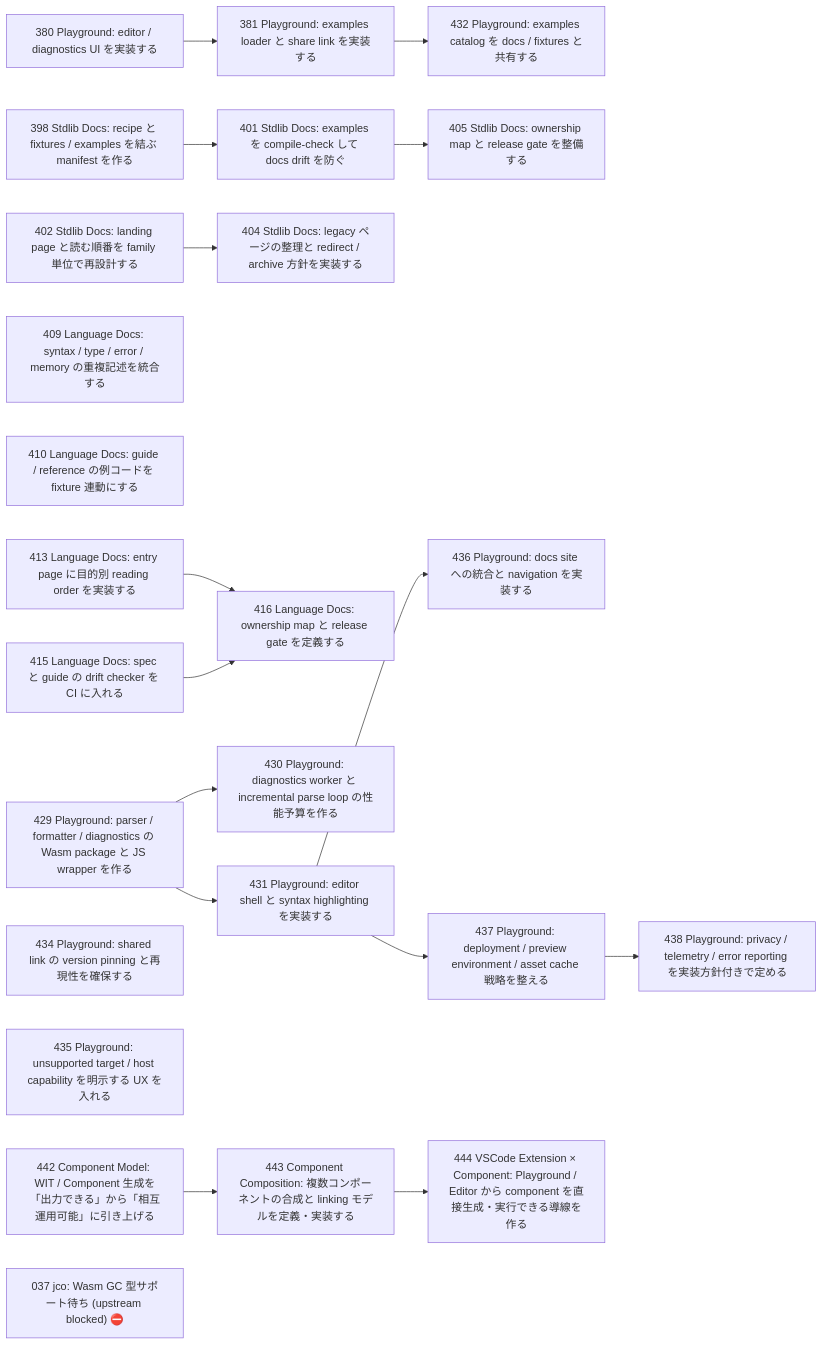
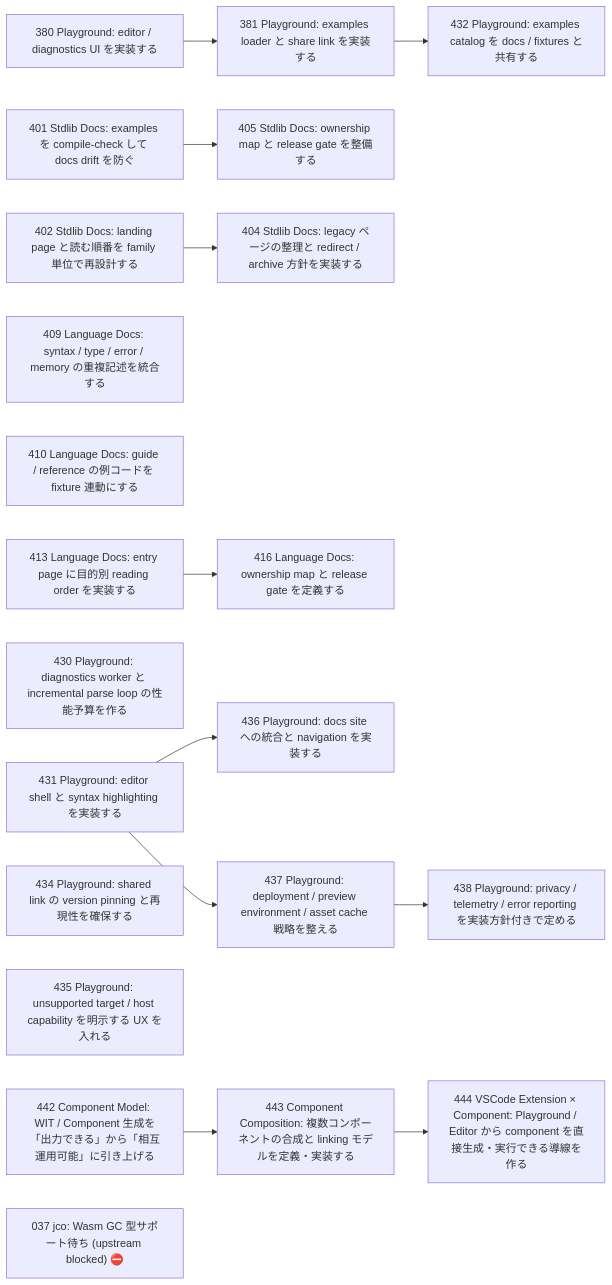
One commit to wogikaze/arukellt changed the diagram in issues/open/dependency-graph.md. Above: the diagram before and after it, drawn with Mermaid. The commit also changed other lines of this file and 4 other files, not shown here.

````diff
--- a/issues/open/dependency-graph.md
+++ b/issues/open/dependency-graph.md
@@ -7,42 +7,35 @@
 ```mermaid
 graph LR
   I380["380 Playground: editor / diagnostics UI を実装する"]
-  I398["398 Stdlib Docs: recipe と fixtures / examples を結ぶ manifest を作る"]
+  I401["401 Stdlib Docs: examples を compile-check して docs drift を防ぐ"]
   I402["402 Stdlib Docs: landing page と読む順番を family 単位で再設計する"]
   I409["409 Language Docs: syntax / type / error / memory の重複記述を統合する"]
   I410["410 Language Docs: guide / reference の例コードを fixture 連動にする"]
   I413["413 Language Docs: entry page に目的別 reading order を実装する"]
-  I415["415 Language Docs: spec と guide の drift checker を CI に入れる"]
-  I429["429 Playground: parser / formatter / diagnostics の Wasm package と JS wrapper を作る"]
+  I430["430 Playground: diagnostics worker と incremental parse loop の性能予算を作る"]
+  I431["431 Playground: editor shell と syntax highlighting を実装する"]
   I434["434 Playground: shared link の version pinning と再現性を確保する"]
   I435["435 Playground: unsupported target / host capability を明示する UX を入れる"]
   I442["442 Component Model: WIT / Component 生成を「出力できる」から「相互運用可能」に引き上げる"]
   I381["381 Playground: examples loader と share link を実装する"]
-  I401["401 Stdlib Docs: examples を compile-check して docs drift を防ぐ"]
+  I405["405 Stdlib Docs: ownership map と release gate を整備する"]
   I404["404 Stdlib Docs: legacy ページの整理と redirect / archive 方針を実装する"]
   I416["416 Language Docs: ownership map と release gate を定義する"]
-  I430["430 Playground: diagnostics worker と incremental parse loop の性能予算を作る"]
-  I431["431 Playground: editor shell と syntax highlighting を実装する"]
+  I436["436 Playground: docs site への統合と navigation を実装する"]
+  I437["437 Playground: deployment / preview environment / asset cache 戦略を整える"]
   I443["443 Component Composition: 複数コンポーネントの合成と linking モデルを定義・実装する"]
   I432["432 Playground: examples catalog を docs / fixtures と共有する"]
-  I405["405 Stdlib Docs: ownership map と release gate を整備する"]
-  I436["436 Playground: docs site への統合と navigation を実装する"]
-  I437["437 Playground: deployment / preview environment / asset cache 戦略を整える"]
+  I438["438 Playground: privacy / telemetry / error reporting を実装方針付きで定める"]
   I444["444 VSCode Extension × Component: Playground / Editor から component を直接生成・実行できる導線を作る"]
-  I438["438 Playground: privacy / telemetry / error reporting を実装方針付きで定める"]
   I037["037 jco: Wasm GC 型サポート待ち (upstream blocked) ⛔"]
   I380 --> I381
-  I398 --> I401
+  I401 --> I405
   I402 --> I404
   I413 --> I416
-  I415 --> I416
-  I429 --> I430
-  I429 --> I431
+  I431 --> I436
+  I431 --> I437
   I442 --> I443
   I381 --> I432
-  I401 --> I405
-  I431 --> I436
-  I431 --> I437
+  I437 --> I438
   I443 --> I444
-  I437 --> I438
 ```
````
